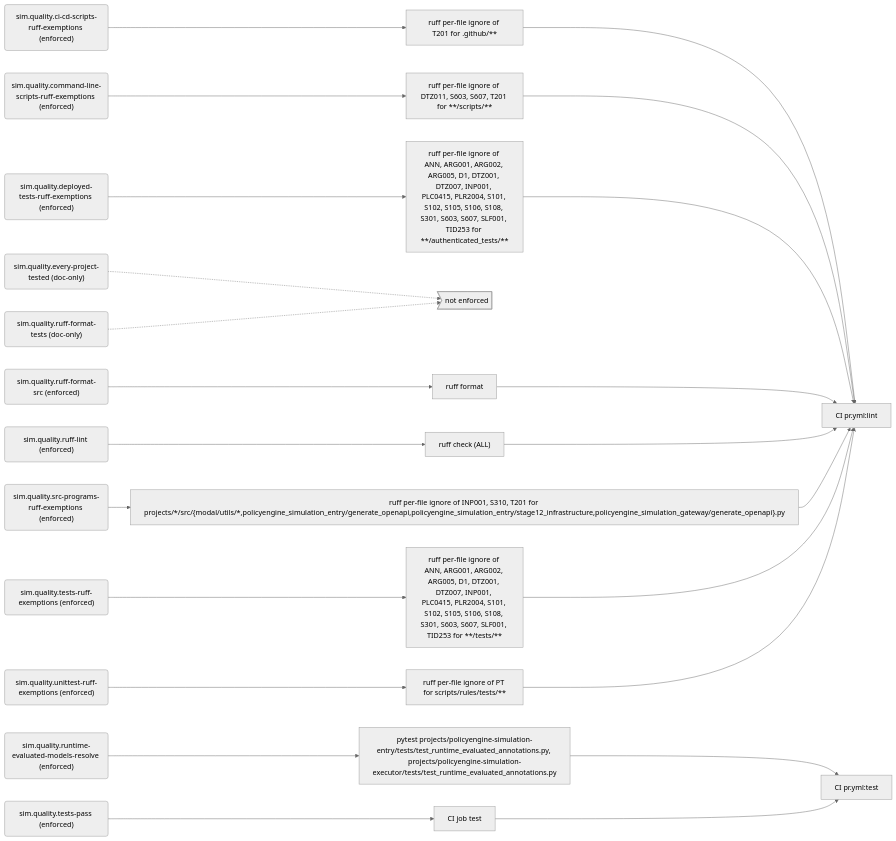
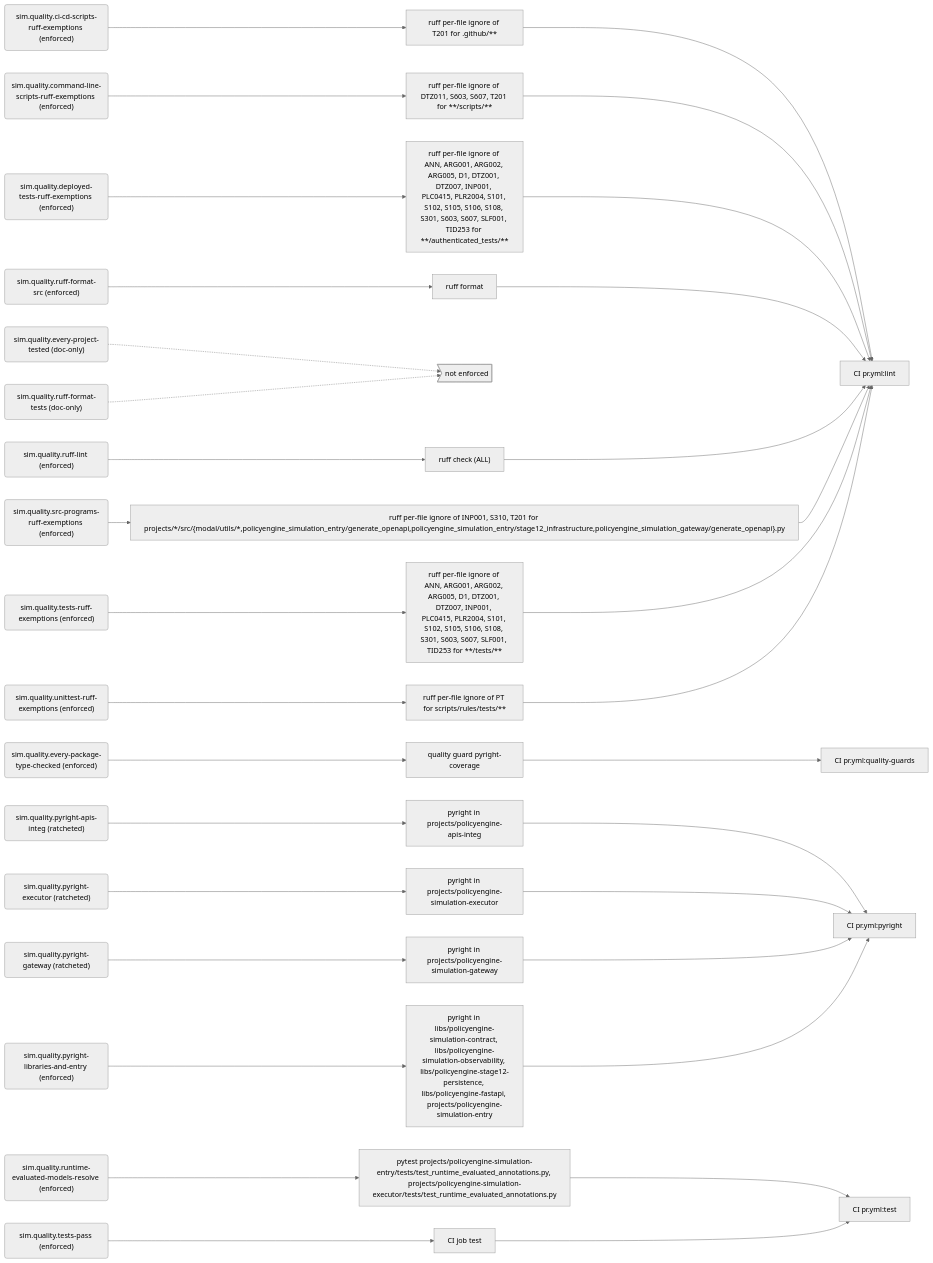
One commit to PolicyEngine/policyengine-sim-api changed the seventh of 9 diagrams in docs/generated/rules.md. Above: the diagram before and after it, drawn with Mermaid (neutral theme). The commit also changed other lines of this file and 55 other files, not shown here.

First line of the commit message:
Run Pyright in CI for every package, in its own locked environment (#864)

````diff
--- a/docs/generated/rules.md
+++ b/docs/generated/rules.md
@@ -295,50 +303,72 @@
 ```mermaid
 flowchart LR
   r_sim_quality_ci_cd_scripts_ruff_exemptions("sim.quality.ci-cd-scripts-ruff-exemptions (enforced)")
   e_ruff_per_file_ignore_of_T201_for__github___["ruff per-file ignore of T201 for .github/**"]
   j_CI_pr_yml_lint["CI pr.yml:lint"]
   r_sim_quality_command_line_scripts_ruff_exemptions("sim.quality.command-line-scripts-ruff-exemptions (enforced)")
   e_ruff_per_file_ignore_of_DTZ011__S603__S607__T201_for____scripts___["ruff per-file ignore of DTZ011, S603, S607, T201 for **/scripts/**"]
   r_sim_quality_deployed_tests_ruff_exemptions("sim.quality.deployed-tests-ruff-exemptions (enforced)")
   e_ruff_per_file_ignore_of_ANN__ARG001__ARG002__ARG005__D1__DTZ001__DTZ007__INP001__PLC0415__PLR2004__S101__S102__S105__S106__S108__S301__S603__S607__SLF001__TID253_for____authenticated_tests___["ruff per-file ignore of ANN, ARG001, ARG002, ARG005, D1, DTZ001, DTZ007, INP001, PLC0415, PLR2004, S101, S102, S105, S106, S108, S301, S603, S607, SLF001, TID253 for **/authenticated_tests/**"]
+  r_sim_quality_every_package_type_checked("sim.quality.every-package-type-checked (enforced)")
+  e_quality_guard_pyright_coverage["quality guard pyright-coverage"]
+  j_CI_pr_yml_quality_guards["CI pr.yml:quality-guards"]
   r_sim_quality_every_project_tested("sim.quality.every-project-tested (doc-only)")
   gap_unenforced>"not enforced"]
+  r_sim_quality_pyright_apis_integ("sim.quality.pyright-apis-integ (ratcheted)")
+  e_pyright_in_projects_policyengine_apis_integ["pyright in projects/policyengine-apis-integ"]
+  j_CI_pr_yml_pyright["CI pr.yml:pyright"]
+  r_sim_quality_pyright_executor("sim.quality.pyright-executor (ratcheted)")
+  e_pyright_in_projects_policyengine_simulation_executor["pyright in projects/policyengine-simulation-executor"]
+  r_sim_quality_pyright_gateway("sim.quality.pyright-gateway (ratcheted)")
+  e_pyright_in_projects_policyengine_simulation_gateway["pyright in projects/policyengine-simulation-gateway"]
+  r_sim_quality_pyright_libraries_and_entry("sim.quality.pyright-libraries-and-entry (enforced)")
+  e_pyright_in_libs_policyengine_simulation_contract__libs_policyengine_simulation_observability__libs_policyengine_stage12_persistence__libs_policyengine_fastapi__projects_policyengine_simulation_entry["pyright in libs/policyengine-simulation-contract, libs/policyengine-simulation-observability, libs/policyengine-stage12-persistence, libs/policyengine-fastapi, projects/policyengine-simulation-entry"]
   r_sim_quality_ruff_format_src("sim.quality.ruff-format-src (enforced)")
   e_ruff_format["ruff format"]
   r_sim_quality_ruff_format_tests("sim.quality.ruff-format-tests (doc-only)")
   r_sim_quality_ruff_lint("sim.quality.ruff-lint (enforced)")
   e_ruff_check__ALL_["ruff check (ALL)"]
   r_sim_quality_runtime_evaluated_models_resolve("sim.quality.runtime-evaluated-models-resolve (enforced)")
   e_pytest_projects_policyengine_simulation_entry_tests_test_runtime_evaluated_annotations_py__projects_policyengine_simulation_executor_tests_test_runtime_evaluated_annotations_py["pytest projects/policyengine-simulation-entry/tests/test_runtime_evaluated_annotations.py, projects/policyengine-simulation-executor/tests/test_runtime_evaluated_annotations.py"]
   j_CI_pr_yml_test["CI pr.yml:test"]
   r_sim_quality_src_programs_ruff_exemptions("sim.quality.src-programs-ruff-exemptions (enforced)")
   e_ruff_per_file_ignore_of_INP001__S310__T201_for_projects___src__modal_utils___policyengine_simulation_entry_generate_openapi_policyengine_simulation_entry_stage12_infrastructure_policyengine_simulation_gateway_generate_openapi__py["ruff per-file ignore of INP001, S310, T201 for projects/*/src/{modal/utils/*,policyengine_simulation_entry/generate_openapi,policyengine_simulation_entry/stage12_infrastructure,policyengine_simulation_gateway/generate_openapi}.py"]
   r_sim_quality_tests_pass("sim.quality.tests-pass (enforced)")
   e_CI_job_test["CI job test"]
   r_sim_quality_tests_ruff_exemptions("sim.quality.tests-ruff-exemptions (enforced)")
   e_ruff_per_file_ignore_of_ANN__ARG001__ARG002__ARG005__D1__DTZ001__DTZ007__INP001__PLC0415__PLR2004__S101__S102__S105__S106__S108__S301__S603__S607__SLF001__TID253_for____tests___["ruff per-file ignore of ANN, ARG001, ARG002, ARG005, D1, DTZ001, DTZ007, INP001, PLC0415, PLR2004, S101, S102, S105, S106, S108, S301, S603, S607, SLF001, TID253 for **/tests/**"]
   r_sim_quality_unittest_ruff_exemptions("sim.quality.unittest-ruff-exemptions (enforced)")
   e_ruff_per_file_ignore_of_PT_for_scripts_rules_tests___["ruff per-file ignore of PT for scripts/rules/tests/**"]
   r_sim_quality_ci_cd_scripts_ruff_exemptions --> e_ruff_per_file_ignore_of_T201_for__github___
   e_ruff_per_file_ignore_of_T201_for__github___ --> j_CI_pr_yml_lint
   r_sim_quality_command_line_scripts_ruff_exemptions --> e_ruff_per_file_ignore_of_DTZ011__S603__S607__T201_for____scripts___
   e_ruff_per_file_ignore_of_DTZ011__S603__S607__T201_for____scripts___ --> j_CI_pr_yml_lint
   r_sim_quality_deployed_tests_ruff_exemptions --> e_ruff_per_file_ignore_of_ANN__ARG001__ARG002__ARG005__D1__DTZ001__DTZ007__INP001__PLC0415__PLR2004__S101__S102__S105__S106__S108__S301__S603__S607__SLF001__TID253_for____authenticated_tests___
   e_ruff_per_file_ignore_of_ANN__ARG001__ARG002__ARG005__D1__DTZ001__DTZ007__INP001__PLC0415__PLR2004__S101__S102__S105__S106__S108__S301__S603__S607__SLF001__TID253_for____authenticated_tests___ --> j_CI_pr_yml_lint
+  r_sim_quality_every_package_type_checked --> e_quality_guard_pyright_coverage
+  e_quality_guard_pyright_coverage --> j_CI_pr_yml_quality_guards
   r_sim_quality_every_project_tested -.-> gap_unenforced
+  r_sim_quality_pyright_apis_integ --> e_pyright_in_projects_policyengine_apis_integ
+  e_pyright_in_projects_policyengine_apis_integ --> j_CI_pr_yml_pyright
+  r_sim_quality_pyright_executor --> e_pyright_in_projects_policyengine_simulation_executor
+  e_pyright_in_projects_policyengine_simulation_executor --> j_CI_pr_yml_pyright
+  r_sim_quality_pyright_gateway --> e_pyright_in_projects_policyengine_simulation_gateway
+  e_pyright_in_projects_policyengine_simulation_gateway --> j_CI_pr_yml_pyright
+  r_sim_quality_pyright_libraries_and_entry --> e_pyright_in_libs_policyengine_simulation_contract__libs_policyengine_simulation_observability__libs_policyengine_stage12_persistence__libs_policyengine_fastapi__projects_policyengine_simulation_entry
+  e_pyright_in_libs_policyengine_simulation_contract__libs_policyengine_simulation_observability__libs_policyengine_stage12_persistence__libs_policyengine_fastapi__projects_policyengine_simulation_entry --> j_CI_pr_yml_pyright
   r_sim_quality_ruff_format_src --> e_ruff_format
   e_ruff_format --> j_CI_pr_yml_lint
   r_sim_quality_ruff_format_tests -.-> gap_unenforced
   r_sim_quality_ruff_lint --> e_ruff_check__ALL_
   e_ruff_check__ALL_ --> j_CI_pr_yml_lint
   r_sim_quality_runtime_evaluated_models_resolve --> e_pytest_projects_policyengine_simulation_entry_tests_test_runtime_evaluated_annotations_py__projects_policyengine_simulation_executor_tests_test_runtime_evaluated_annotations_py
   e_pytest_projects_policyengine_simulation_entry_tests_test_runtime_evaluated_annotations_py__projects_policyengine_simulation_executor_tests_test_runtime_evaluated_annotations_py --> j_CI_pr_yml_test
   r_sim_quality_src_programs_ruff_exemptions --> e_ruff_per_file_ignore_of_INP001__S310__T201_for_projects___src__modal_utils___policyengine_simulation_entry_generate_openapi_policyengine_simulation_entry_stage12_infrastructure_policyengine_simulation_gateway_generate_openapi__py
   e_ruff_per_file_ignore_of_INP001__S310__T201_for_projects___src__modal_utils___policyengine_simulation_entry_generate_openapi_policyengine_simulation_entry_stage12_infrastructure_policyengine_simulation_gateway_generate_openapi__py --> j_CI_pr_yml_lint
   r_sim_quality_tests_pass --> e_CI_job_test
   e_CI_job_test --> j_CI_pr_yml_test
   r_sim_quality_tests_ruff_exemptions --> e_ruff_per_file_ignore_of_ANN__ARG001__ARG002__ARG005__D1__DTZ001__DTZ007__INP001__PLC0415__PLR2004__S101__S102__S105__S106__S108__S301__S603__S607__SLF001__TID253_for____tests___
   e_ruff_per_file_ignore_of_ANN__ARG001__ARG002__ARG005__D1__DTZ001__DTZ007__INP001__PLC0415__PLR2004__S101__S102__S105__S106__S108__S301__S603__S607__SLF001__TID253_for____tests___ --> j_CI_pr_yml_lint
   r_sim_quality_unittest_ruff_exemptions --> e_ruff_per_file_ignore_of_PT_for_scripts_rules_tests___
   e_ruff_per_file_ignore_of_PT_for_scripts_rules_tests___ --> j_CI_pr_yml_lint
 ```
````
